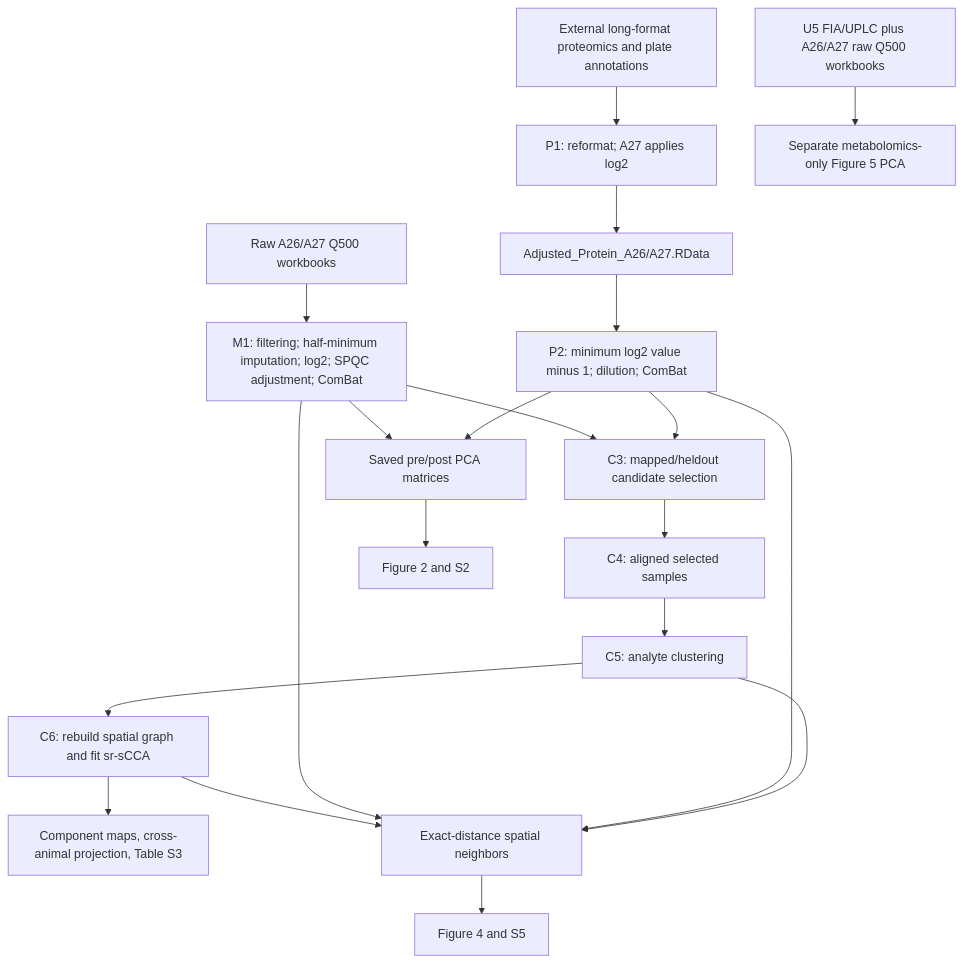
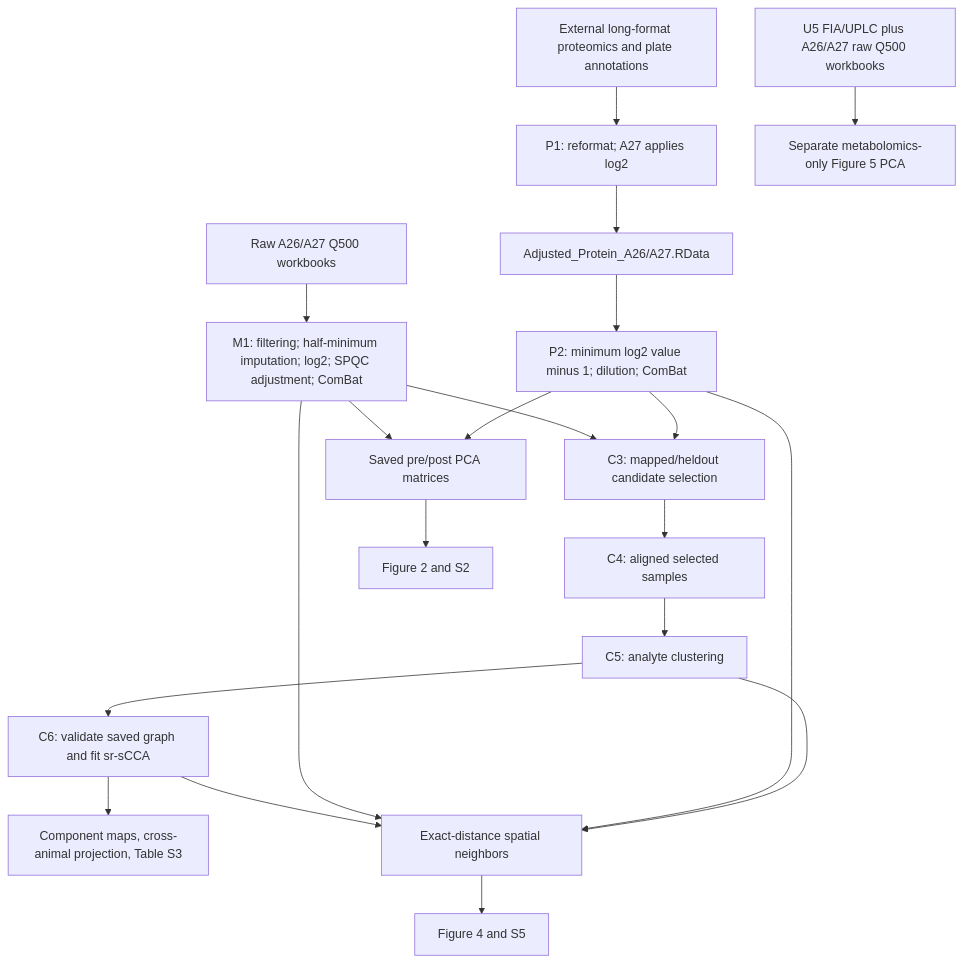
The diagram in DIAGRAM.md (QiuyiWu/Spatial-Multiomics), drawn with Mermaid before and after one commit. The commit also changed other lines of this file and 26 other files, not shown here.

````diff
--- a/DIAGRAM.md
+++ b/DIAGRAM.md
@@ -5,22 +5,22 @@
 ```mermaid
 flowchart TD
   A[External long-format proteomics and plate annotations] --> P1[P1: reformat; A27 applies log2]
   P1 --> P[Adjusted_Protein_A26/A27.RData]
   P --> P2[P2: minimum log2 value minus 1; dilution; ComBat]
   M[Raw A26/A27 Q500 workbooks] --> M1[M1: filtering; half-minimum imputation; log2; SPQC adjustment; ComBat]
   M1 --> C3[C3: mapped/heldout candidate selection]
   P2 --> C3
   C3 --> C4[C4: aligned selected samples]
   C4 --> C5[C5: analyte clustering]
-  C5 --> C6[C6: rebuild spatial graph and fit sr-sCCA]
+  C5 --> C6[C6: validate saved graph and fit sr-sCCA]
   C6 --> Maps[Component maps, cross-animal projection, Table S3]
   M1 --> PCA[Saved pre/post PCA matrices]
   P2 --> PCA
   PCA --> F2[Figure 2 and S2]
   C6 --> N[Exact-distance spatial neighbors]
   M1 --> N
   P2 --> N
   C5 --> N
   N --> F4[Figure 4 and S5]
   U[U5 FIA/UPLC plus A26/A27 raw Q500 workbooks] --> F5[Separate metabolomics-only Figure 5 PCA]
 ```
````
